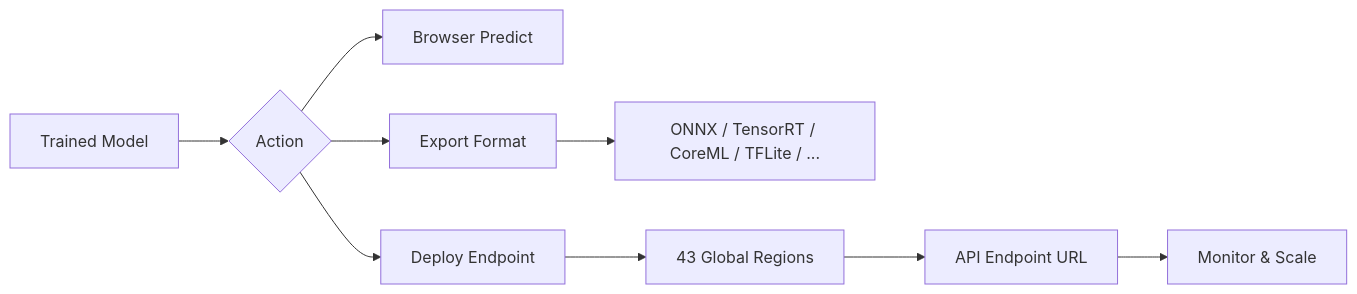
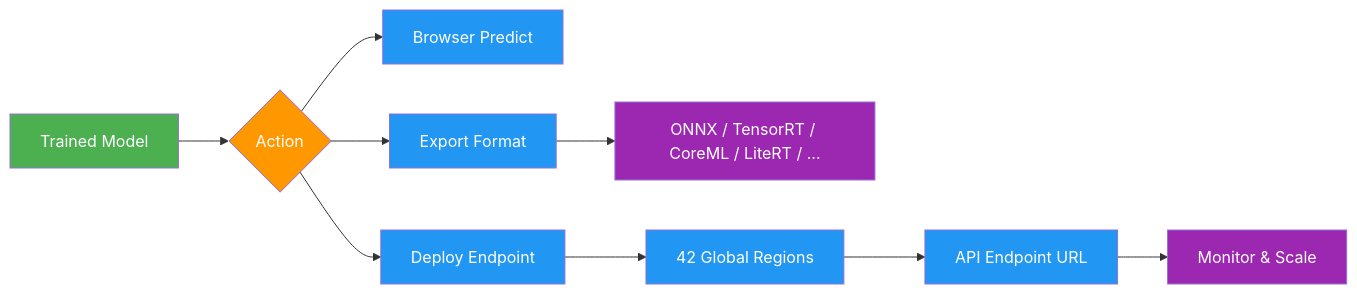
The third of 3 diagrams in Backend/ObjectDetection/ultralytics/docs/en/platform/index.md (TEXTaiLES/AmalthAI), drawn with Mermaid before and after one commit. The commit also changed other lines of this file and 943 other files, not shown here.

````diff
--- a/Backend/ObjectDetection/ultralytics/docs/en/platform/index.md
+++ b/Backend/ObjectDetection/ultralytics/docs/en/platform/index.md
@@ -164,11 +162,16 @@
 ```mermaid
 graph LR
-    A[Trained Model] --> B{Action}
-    B --> C[Browser Predict]
-    B --> D[Export Format]
-    B --> E[Deploy Endpoint]
-    D --> F[ONNX / TensorRT / CoreML / TFLite / ...]
-    E --> G[43 Global Regions]
-    G --> H[API Endpoint URL]
-    H --> I[Monitor & Scale]
+    A[Trained Model]:::start --> B{Action}:::decide
+    B --> C[Browser Predict]:::proc
+    B --> D[Export Format]:::proc
+    B --> E[Deploy Endpoint]:::proc
+    D --> F[ONNX / TensorRT / CoreML / LiteRT / ...]:::out
+    E --> G[42 Global Regions]:::proc
+    G --> H[API Endpoint URL]:::proc
+    H --> I[Monitor & Scale]:::out
+
+    classDef start fill:#4CAF50,color:#fff
+    classDef proc fill:#2196F3,color:#fff
+    classDef decide fill:#FF9800,color:#fff
+    classDef out fill:#9C27B0,color:#fff
 ```
````
